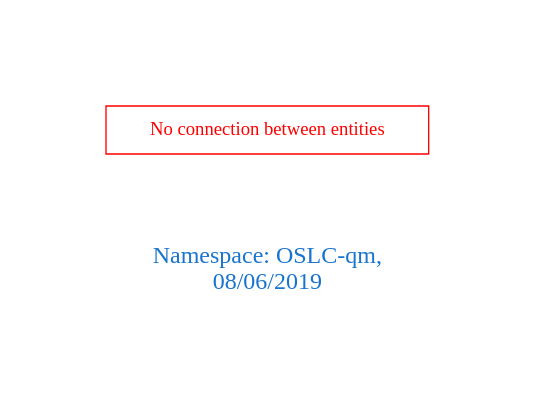
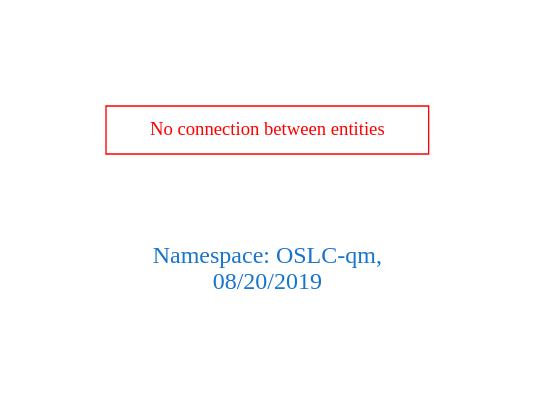
One commit to arago/OGIT changed the diagram in downloads/OSLC-qm.dot. Above: the diagram before and after it, drawn with Graphviz. The commit also changed 1471 other files, not shown here.

```diff
--- a/downloads/OSLC-qm.dot
+++ b/downloads/OSLC-qm.dot
@@ -1,9 +1,9 @@
 digraph OGIT_ontology {
  graph [ rankdir= LR,pad=1 
 fontsize = 18,
-fontcolor= dodgerblue3,label = "\n\n\nNamespace: OSLC-qm, \n 08/06/2019"];
+fontcolor= dodgerblue3,label = "\n\n\nNamespace: OSLC-qm, \n 08/20/2019"];
 node[shape=polygon];
 edge [  color="gray81"];
 
 "No connection between entities" [fontcolor = "red",color="red", shape="polygon"]
 }
```
